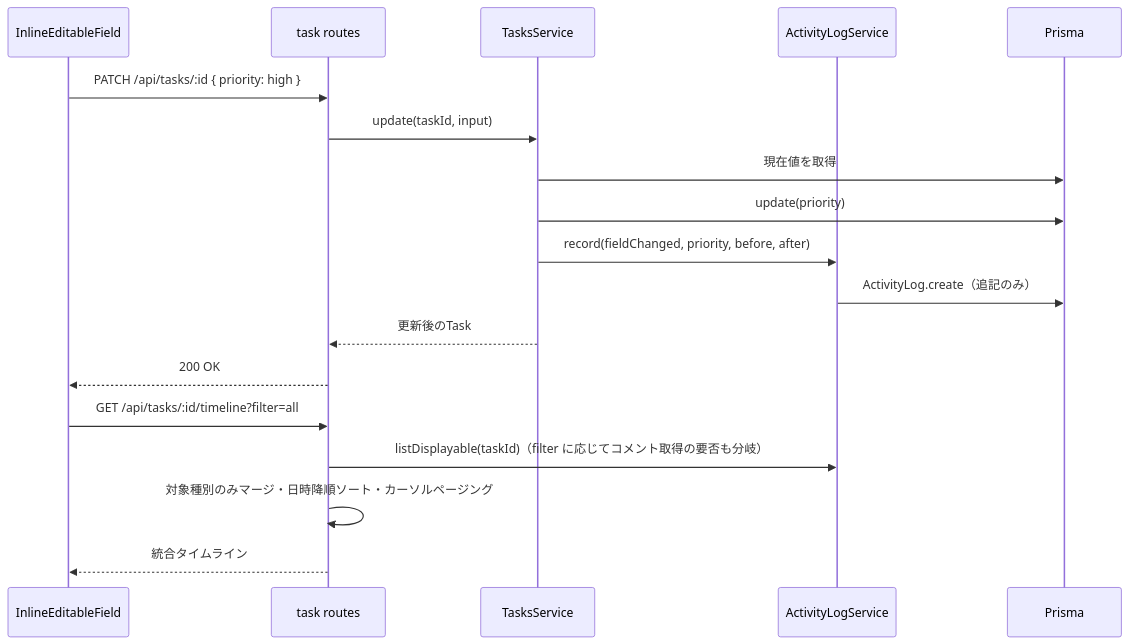
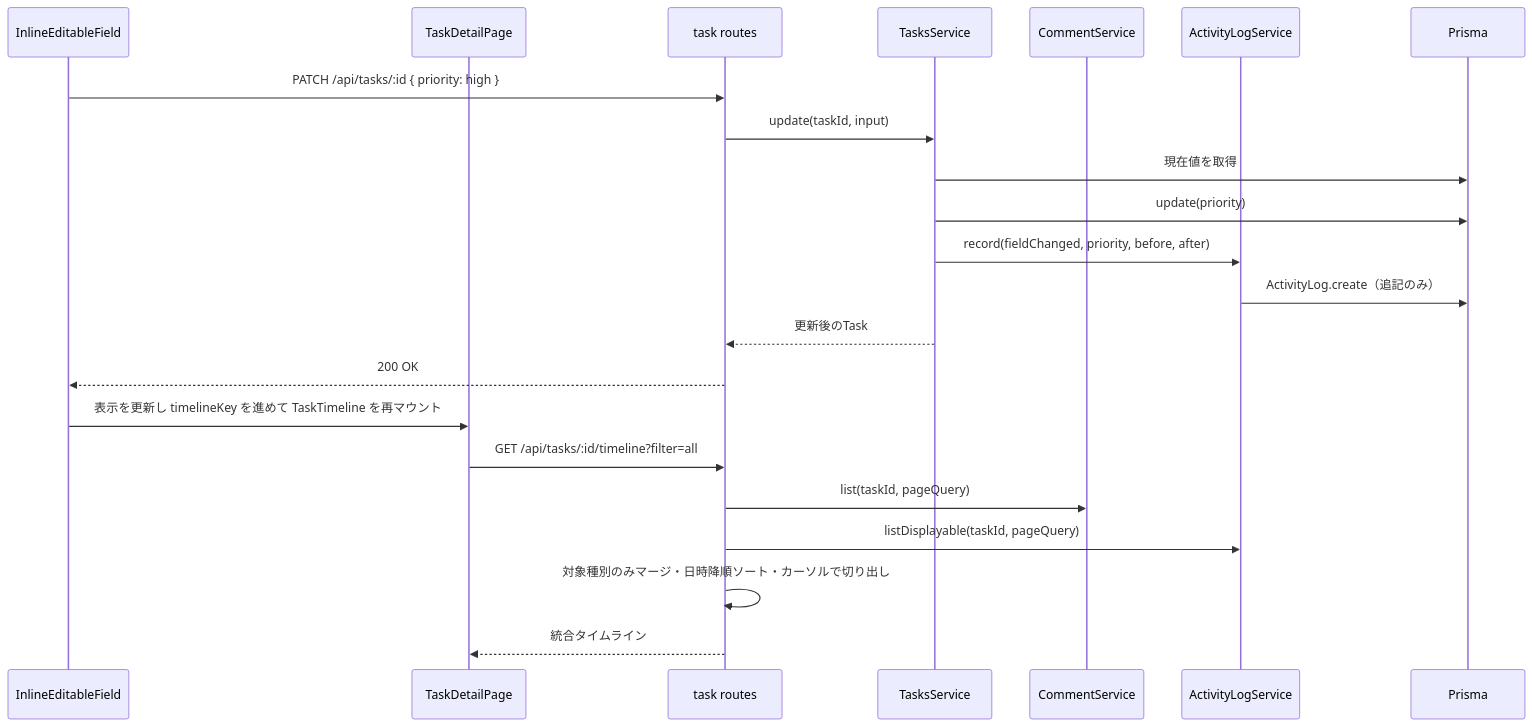
Before and after one commit to karasaki-wasabi/project-task-management: the second of 3 diagrams in .kiro/specs/task-detail/design.md, drawn with Mermaid. The commit also changed other lines of this file and 3 other files, not shown here.

````diff
--- a/.kiro/specs/task-detail/design.md
+++ b/.kiro/specs/task-detail/design.md
@@ -176,21 +180,25 @@
 ```mermaid
 sequenceDiagram
     participant UI as InlineEditableField
+    participant Page as TaskDetailPage
     participant API as task routes
     participant TS as TasksService
+    participant CS as CommentService
     participant AL as ActivityLogService
     participant DB as Prisma
 
     UI->>API: PATCH /api/tasks/:id { priority: high }
     API->>TS: update(taskId, input)
     TS->>DB: 現在値を取得
     TS->>DB: update(priority)
     TS->>AL: record(fieldChanged, priority, before, after)
     AL->>DB: ActivityLog.create（追記のみ）
     TS-->>API: 更新後のTask
     API-->>UI: 200 OK
-    UI->>API: GET /api/tasks/:id/timeline?filter=all
-    API->>AL: listDisplayable(taskId)（filter に応じてコメント取得の要否も分岐）
-    API->>API: 対象種別のみマージ・日時降順ソート・カーソルページング
-    API-->>UI: 統合タイムライン
+    UI->>Page: 表示を更新し timelineKey を進めて TaskTimeline を再マウント
+    Page->>API: GET /api/tasks/:id/timeline?filter=all
+    API->>CS: list(taskId, pageQuery)
+    API->>AL: listDisplayable(taskId, pageQuery)
+    API->>API: 対象種別のみマージ・日時降順ソート・カーソルで切り出し
+    API-->>Page: 統合タイムライン
 ```
````
